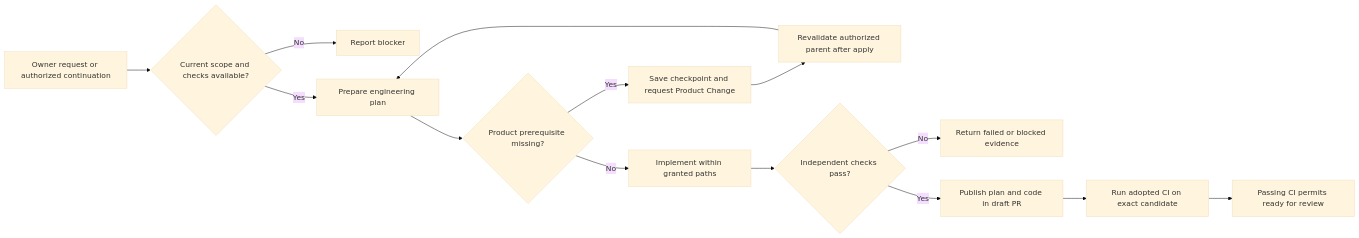
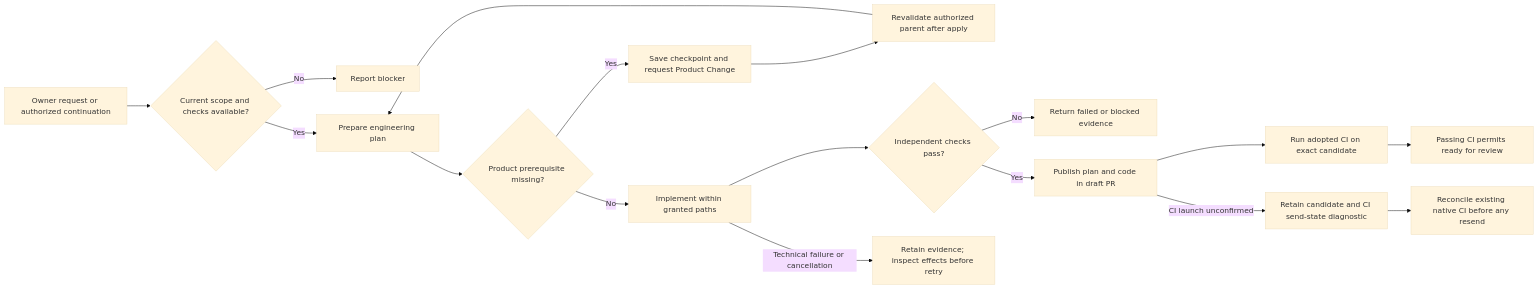
Before and after one commit to juangcarmona/lighthouse: the diagram in docs/architecture/06-runtime-view/implement.md, drawn with Mermaid (base theme). The commit also changed other lines of this file and 17 other files, not shown here.

Commit message:
docs(sdlc): reconcile worker catalogue with installed recovery and reporting (#140)

````diff
--- a/docs/architecture/06-runtime-view/implement.md
+++ b/docs/architecture/06-runtime-view/implement.md
@@ -5,18 +5,21 @@
 ```mermaid
 flowchart LR
     accTitle: Implement
     accDescr: An authorized implementation request or passed refinement starts planning, implementation and verification in one bounded workspace. The worker publishes its candidate as a draft PR.
     Request[Owner request or authorized continuation] --> Admit{Current scope and checks available?}
     Admit -->|No| Stop[Report blocker]
     Admit -->|Yes| Plan[Prepare engineering plan]
     Plan --> Product{Product prerequisite missing?}
     Product -->|Yes| Handoff[Save checkpoint and request Product Change]
     Handoff --> Resume[Revalidate authorized parent after apply]
     Resume --> Plan
     Product -->|No| Code[Implement within granted paths]
     Code --> Verify{Independent checks pass?}
     Verify -->|No| Block[Return failed or blocked evidence]
     Verify -->|Yes| Publish[Publish plan and code in draft PR]
     Publish --> CI[Run adopted CI on exact candidate]
     CI --> Ready[Passing CI permits ready for review]
+    Publish -->|CI launch unconfirmed| Pending[Retain candidate and CI send-state diagnostic]
+    Pending --> Recovery[Reconcile existing native CI before any resend]
+    Code -->|Technical failure or cancellation| Failure[Retain evidence; inspect effects before retry]
 ```
````
